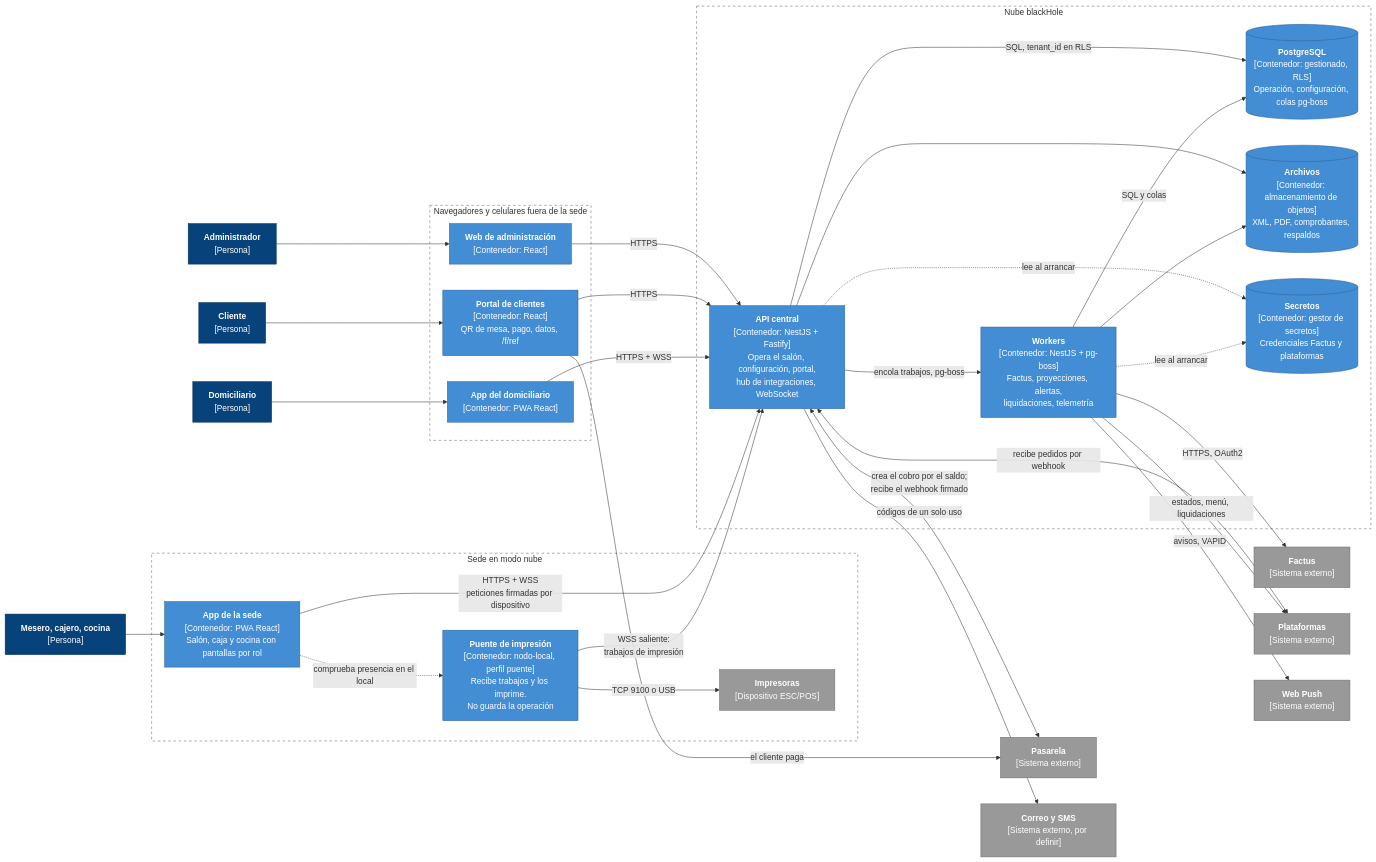
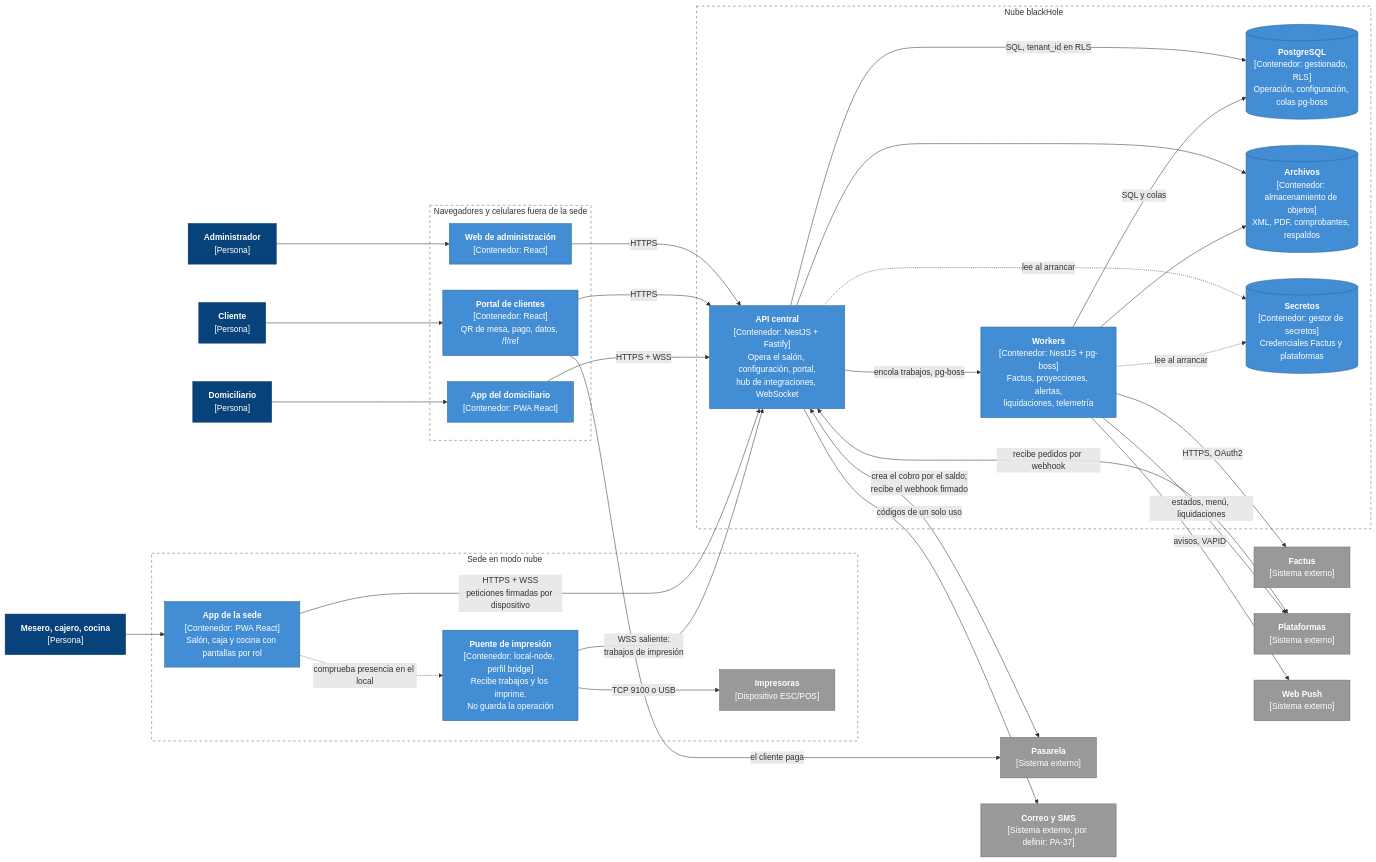
One commit to CesarJOtizM/blackHole changed the second of 4 diagrams in docs/arquitectura/c4-contexto-y-contenedores.md. Above: the diagram before and after it, drawn with Mermaid. The commit also changed other lines of this file and 159 other files, not shown here.

````diff
--- a/docs/arquitectura/c4-contexto-y-contenedores.md
+++ b/docs/arquitectura/c4-contexto-y-contenedores.md
@@ -105,68 +108,68 @@
 ```mermaid
 flowchart LR
   MES["<b>Mesero, cajero, cocina</b><br/>[Persona]"]:::persona
   ADM["<b>Administrador</b><br/>[Persona]"]:::persona
   CLI["<b>Cliente</b><br/>[Persona]"]:::persona
   DOM["<b>Domiciliario</b><br/>[Persona]"]:::persona
 
   subgraph Sede["Sede en modo nube"]
     APPS["<b>App de la sede</b><br/>[Contenedor: PWA React]<br/>Salón, caja y cocina con pantallas por rol"]:::contenedor
-    PUE["<b>Puente de impresión</b><br/>[Contenedor: nodo-local, perfil puente]<br/>Recibe trabajos y los imprime.<br/>No guarda la operación"]:::contenedor
+    PUE["<b>Puente de impresión</b><br/>[Contenedor: local-node, perfil bridge]<br/>Recibe trabajos y los imprime.<br/>No guarda la operación"]:::contenedor
     IMP["<b>Impresoras</b><br/>[Dispositivo ESC/POS]"]:::externo
   end
 
   subgraph Navegador["Navegadores y celulares fuera de la sede"]
     WADM["<b>Web de administración</b><br/>[Contenedor: React]"]:::contenedor
     PORT["<b>Portal de clientes</b><br/>[Contenedor: React]<br/>QR de mesa, pago, datos, /f/ref"]:::contenedor
     APPD["<b>App del domiciliario</b><br/>[Contenedor: PWA React]"]:::contenedor
   end
 
   subgraph Nube["Nube blackHole"]
     API["<b>API central</b><br/>[Contenedor: NestJS + Fastify]<br/>Opera el salón, configuración, portal,<br/>hub de integraciones, WebSocket"]:::contenedor
     WRK["<b>Workers</b><br/>[Contenedor: NestJS + pg-boss]<br/>Factus, proyecciones, alertas,<br/>liquidaciones, telemetría"]:::contenedor
     PG[("<b>PostgreSQL</b><br/>[Contenedor: gestionado, RLS]<br/>Operación, configuración, colas pg-boss")]:::contenedor
     OBJ[("<b>Archivos</b><br/>[Contenedor: almacenamiento de objetos]<br/>XML, PDF, comprobantes, respaldos")]:::contenedor
     SEC[("<b>Secretos</b><br/>[Contenedor: gestor de secretos]<br/>Credenciales Factus y plataformas")]:::contenedor
   end
 
   FAC["<b>Factus</b><br/>[Sistema externo]"]:::externo
   PAS["<b>Pasarela</b><br/>[Sistema externo]"]:::externo
   PLAT["<b>Plataformas</b><br/>[Sistema externo]"]:::externo
   PUSH["<b>Web Push</b><br/>[Sistema externo]"]:::externo
-  MSG["<b>Correo y SMS</b><br/>[Sistema externo, por definir]"]:::externo
+  MSG["<b>Correo y SMS</b><br/>[Sistema externo, por definir: PA-37]"]:::externo
 
   MES --> APPS
   ADM --> WADM
   DOM --> APPD
   CLI --> PORT
 
   APPS -- "HTTPS + WSS<br/>peticiones firmadas por dispositivo" --> API
   APPS -. "comprueba presencia en el local" .-> PUE
   PUE -- "WSS saliente:<br/>trabajos de impresión" --> API
   PUE -- "TCP 9100 o USB" --> IMP
   WADM -- "HTTPS" --> API
   PORT -- "HTTPS" --> API
   APPD -- "HTTPS + WSS" --> API
 
   API -- "encola trabajos, pg-boss" --> WRK
   API -- "SQL, tenant_id en RLS" --> PG
   WRK -- "SQL y colas" --> PG
   API --> OBJ
   WRK --> OBJ
   API -. "lee al arrancar" .-> SEC
   WRK -. "lee al arrancar" .-> SEC
   WRK -- "HTTPS, OAuth2" --> FAC
   API <-- "crea el cobro por el saldo;<br/>recibe el webhook firmado" --> PAS
   PORT -- "el cliente paga" --> PAS
   API <-- "recibe pedidos por webhook" --> PLAT
   WRK -- "estados, menú, liquidaciones" --> PLAT
   WRK -- "avisos, VAPID" --> PUSH
   API -- "códigos de un solo uso" --> MSG
 
   classDef persona fill:#08427b,stroke:#052e56,color:#fff
   classDef contenedor fill:#438dd5,stroke:#2e6295,color:#fff
   classDef externo fill:#999999,stroke:#6b6b6b,color:#fff
   style Sede fill:none,stroke:#666,stroke-dasharray: 5 5
   style Navegador fill:none,stroke:#666,stroke-dasharray: 5 5
   style Nube fill:none,stroke:#666,stroke-dasharray: 5 5
 ```
````
